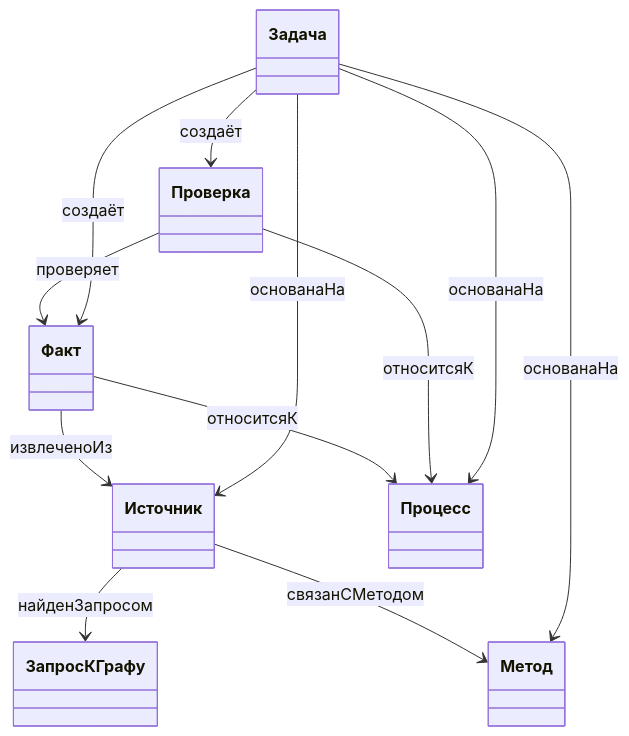
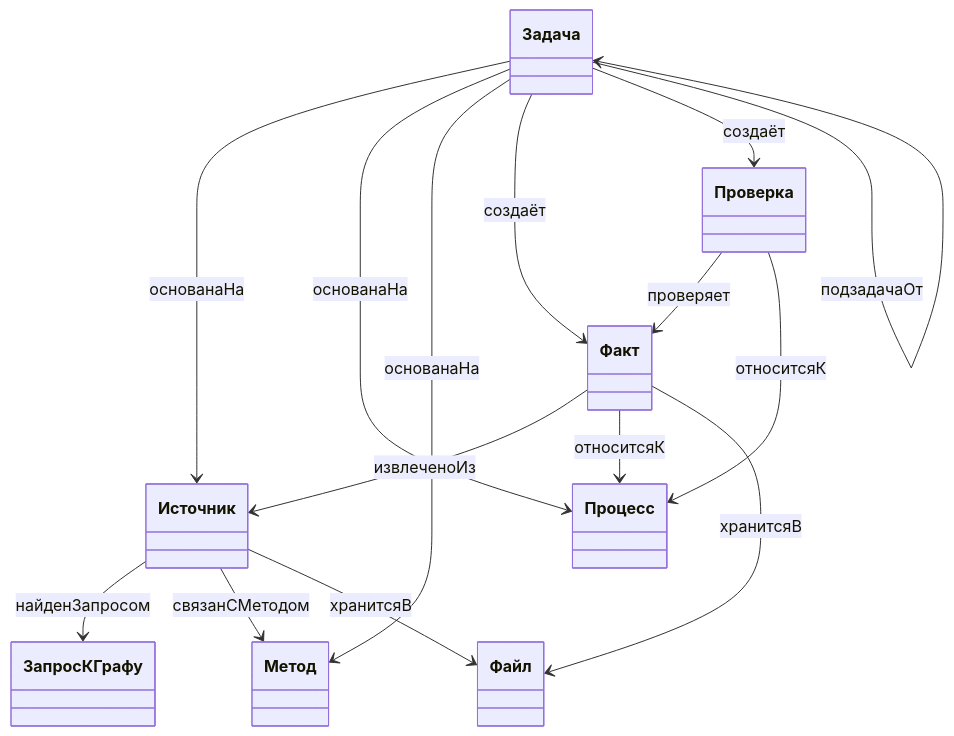
Before and after one commit to zruzus1-prog/tin-ai-assistants-hw1: the first of 2 diagrams in graph_view.md, drawn with Mermaid. The commit also changed other lines of this file and 39 other files, not shown here.

Commit message:
Complete required context comparison, graph schema and documentation

````diff
--- a/graph_view.md
+++ b/graph_view.md
@@ -7,22 +7,26 @@
 ```mermaid
 classDiagram
   class Источник
   class Процесс
   class Факт
   class Проверка
   class Задача
   class ЗапросКГрафу
   class Метод
+  class Файл
 
   Факт --> Источник : извлеченоИз
   Факт --> Процесс : относитсяК
   Проверка --> Факт : проверяет
   Проверка --> Процесс : относитсяК
   Источник --> ЗапросКГрафу : найденЗапросом
   Источник --> Метод : связанСМетодом
   Задача --> Источник : основанаНа
   Задача --> Процесс : основанаНа
   Задача --> Метод : основанаНа
   Задача --> Факт : создаёт
   Задача --> Проверка : создаёт
+  Источник --> Файл : хранитсяВ
+  Факт --> Файл : хранитсяВ
+  Задача --> Задача : подзадачаОт
 ```
````
